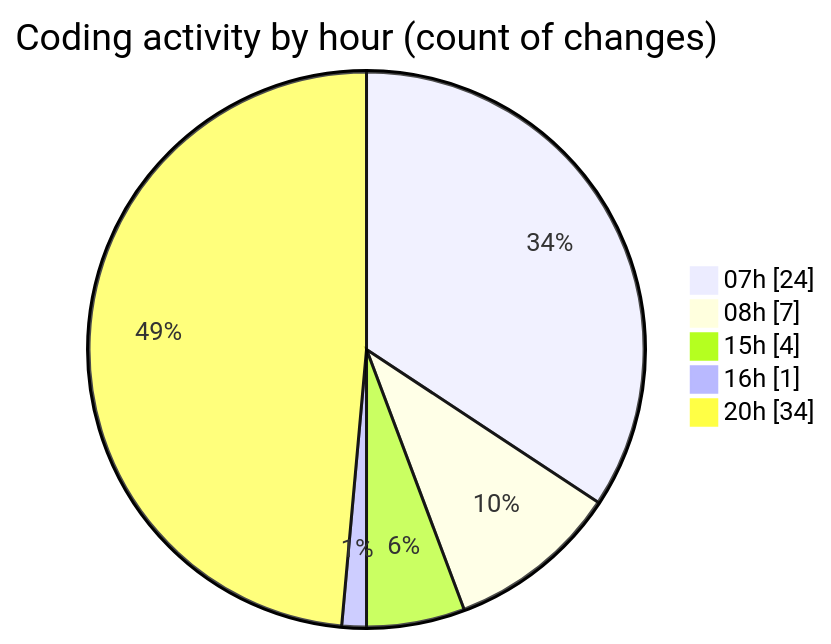
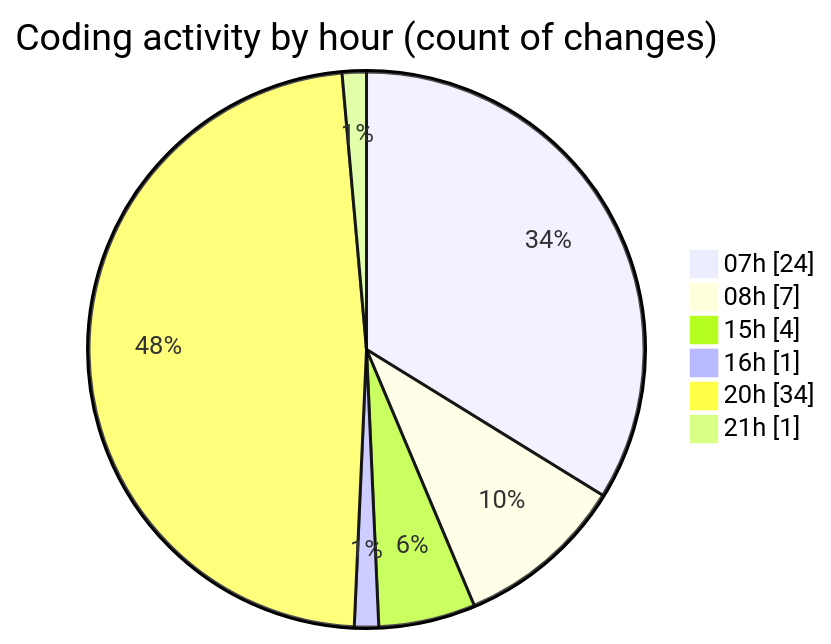
The second of 2 diagrams in 2025-03-10/mbc-web/README.md (robertbonfada/code-tracking), drawn with Mermaid before and after one commit. The commit also changed other lines of this file and 1 other file, not shown here.

````diff
--- a/2025-03-10/mbc-web/README.md
+++ b/2025-03-10/mbc-web/README.md
@@ -53,9 +54,10 @@
 ```mermaid
 pie showData
 title Coding activity by hour (count of changes)
 "07h" : 24
 "08h" : 7
 "15h" : 4
 "16h" : 1
 "20h" : 34
+"21h" : 1
 ```
````
